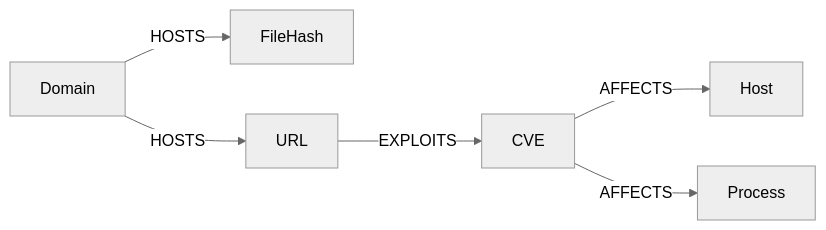
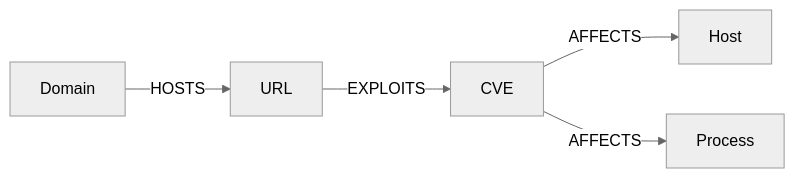
One commit to Nefen22/entity-management-for-soc changed the third of 3 diagrams in docs/database_models.md. Above: the diagram before and after it, drawn with Mermaid (neutral theme). The commit also changed other lines of this file and 3 other files, not shown here.

````diff
--- a/docs/database_models.md
+++ b/docs/database_models.md
@@ -42,8 +28,7 @@
 ```mermaid
 graph LR
 CVE -->|AFFECTS| Host
 CVE -->|AFFECTS| Process
-Domain -->|HOSTS| FileHash
 Domain -->|HOSTS| URL
 URL -->|EXPLOITS| CVE
 ```
````
